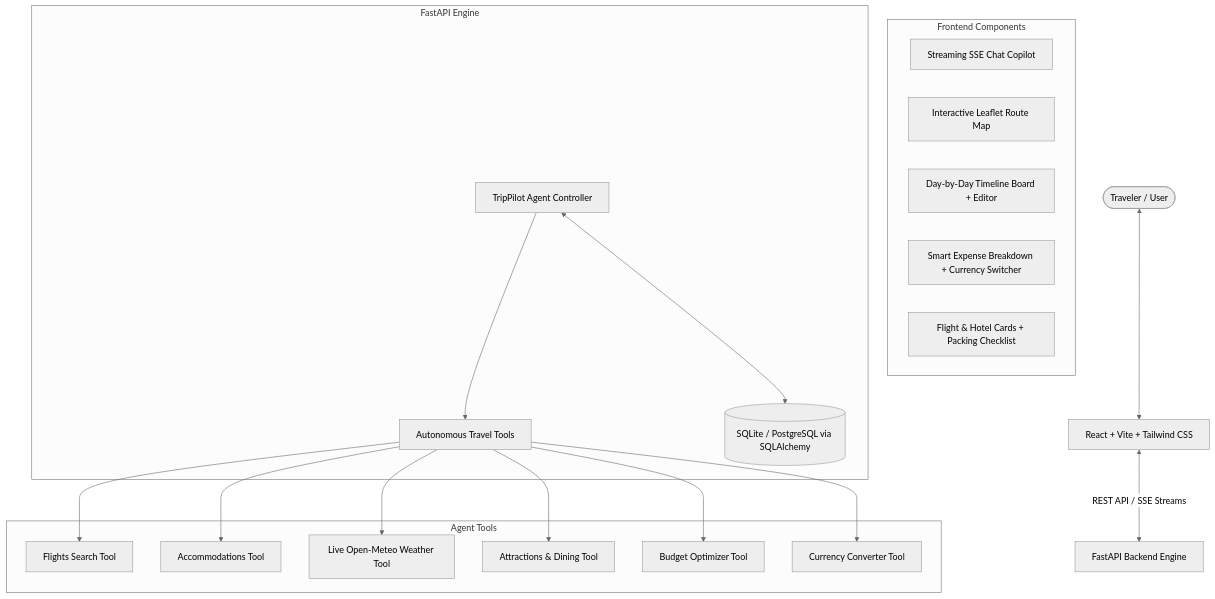
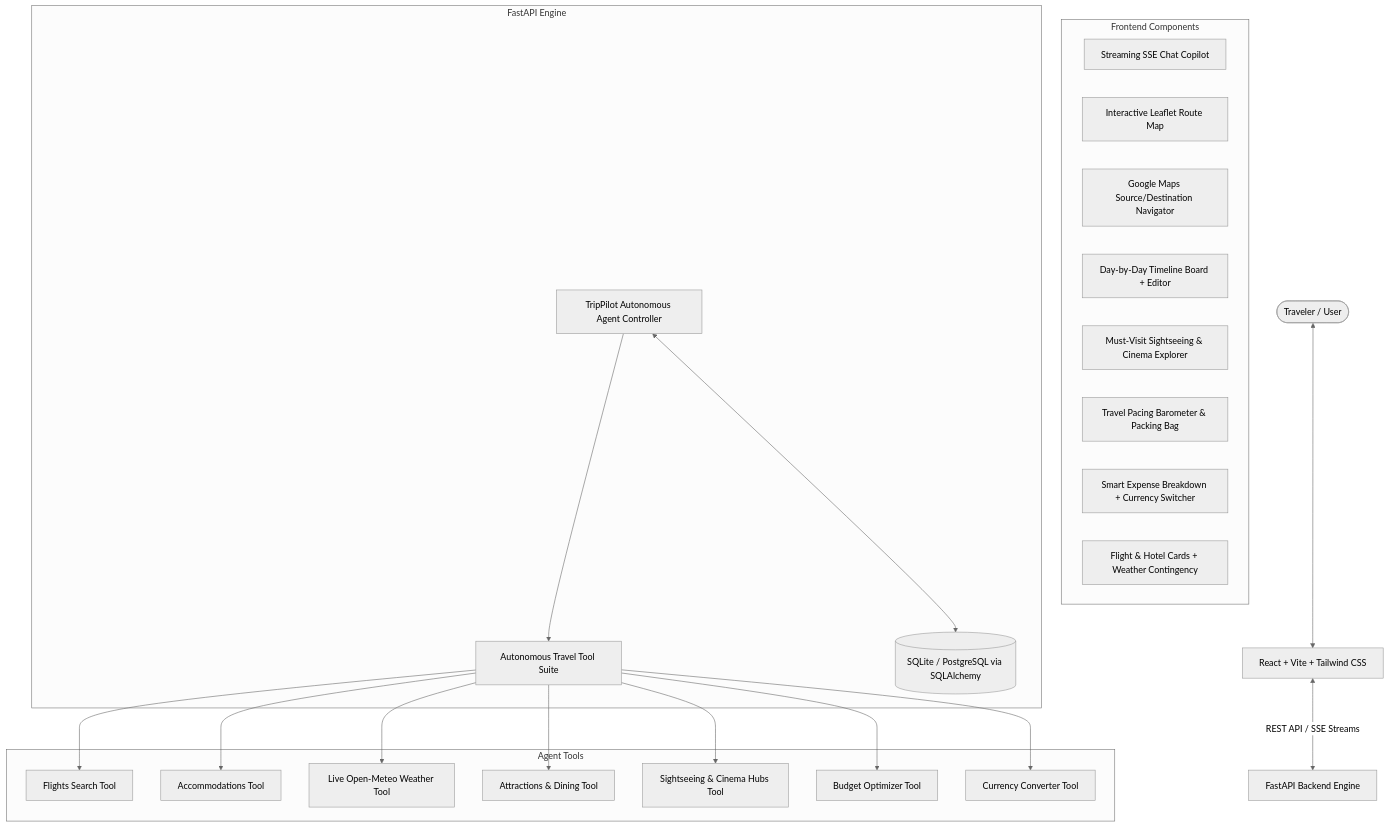
One commit to UNNI-gif/TripPilot-Agent changed the diagram in README.md. Above: the diagram before and after it, drawn with Mermaid (neutral theme). The commit also changed other lines of this file and 3 other files, not shown here.

Commit message:
docs: enrich README.md with full architecture, add root .env.example, LICENSE, and update .gitignore

````diff
--- a/README.md
+++ b/README.md
@@ -29,38 +39,43 @@
 ```mermaid
 flowchart TD
     User([Traveler / User]) <--> Frontend[React + Vite + Tailwind CSS]
     
     subgraph Frontend_UI [Frontend Components]
         ChatCopilot[Streaming SSE Chat Copilot]
         MapView[Interactive Leaflet Route Map]
+        NavBox[Google Maps Source/Destination Navigator]
         ItineraryView[Day-by-Day Timeline Board + Editor]
+        CinemaHubs[Must-Visit Sightseeing & Cinema Explorer]
+        PacingWidget[Travel Pacing Barometer & Packing Bag]
         BudgetForecast[Smart Expense Breakdown + Currency Switcher]
-        TripOverview[Flight & Hotel Cards + Packing Checklist]
+        TripOverview[Flight & Hotel Cards + Weather Contingency]
     end
     
     Frontend <--> |REST API / SSE Streams| Backend[FastAPI Backend Engine]
     
     subgraph Backend_Engine [FastAPI Engine]
-        Agent[TripPilot Agent Controller]
-        Tools[Autonomous Travel Tools]
+        Agent[TripPilot Autonomous Agent Controller]
+        Tools[Autonomous Travel Tool Suite]
         DB[(SQLite / PostgreSQL via SQLAlchemy)]
     end
     
     subgraph ToolSuite [Agent Tools]
         FlightsTool[Flights Search Tool]
         HotelsTool[Accommodations Tool]
         WeatherTool[Live Open-Meteo Weather Tool]
         PlacesTool[Attractions & Dining Tool]
+        SightseeingTool[Sightseeing & Cinema Hubs Tool]
         BudgetTool[Budget Optimizer Tool]
         CurrencyTool[Currency Converter Tool]
     end
     
     Agent --> Tools
     Tools --> FlightsTool
     Tools --> HotelsTool
     Tools --> WeatherTool
     Tools --> PlacesTool
+    Tools --> SightseeingTool
     Tools --> BudgetTool
     Tools --> CurrencyTool
     Agent <--> DB
 ```
````
